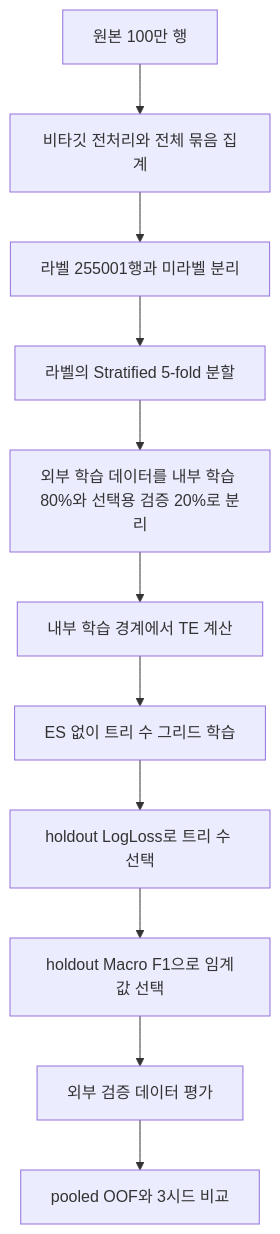
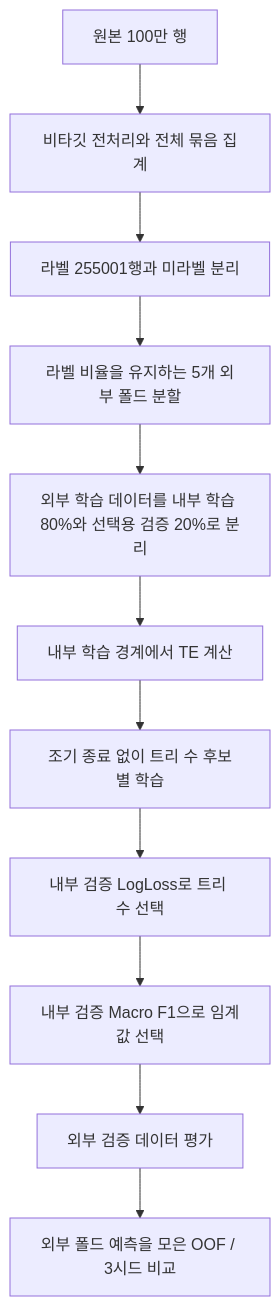
The second of 3 diagrams in README.md (Peter-jackson12/Airplane), drawn with Mermaid before and after one commit. The commit also changed other lines of this file and 10 other files, not shown here.

````diff
--- a/README.md
+++ b/README.md
@@ -132,13 +124,13 @@
 ```mermaid
 flowchart TD
     A[원본 100만 행] --> B[비타깃 전처리와 전체 묶음 집계]
     B --> C[라벨 255001행과 미라벨 분리]
-    C --> D[라벨의 Stratified 5-fold 분할]
+    C --> D["라벨 비율을 유지하는 5개 외부 폴드 분할"]
     D --> E["외부 학습 데이터를 내부 학습 80%와 선택용 검증 20%로 분리"]
     E --> F["내부 학습 경계에서 TE 계산"]
-    F --> G[ES 없이 트리 수 그리드 학습]
-    G --> H[holdout LogLoss로 트리 수 선택]
-    H --> I[holdout Macro F1으로 임계값 선택]
+    F --> G["조기 종료 없이 트리 수 후보별 학습"]
+    G --> H["내부 검증 LogLoss로 트리 수 선택"]
+    H --> I["내부 검증 Macro F1으로 임계값 선택"]
     I --> J["외부 검증 데이터 평가"]
-    J --> K[pooled OOF와 3시드 비교]
+    J --> K["외부 폴드 예측을 모은 OOF / 3시드 비교"]
 ```
````
